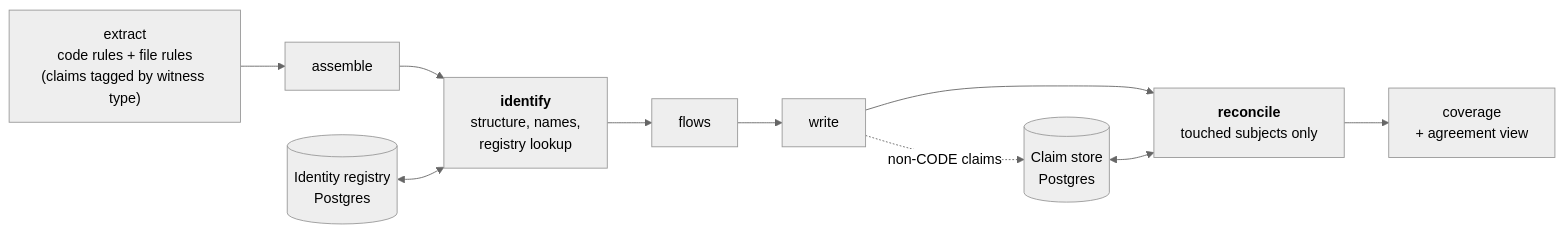
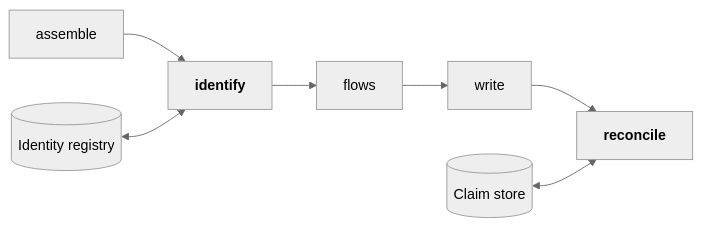
One commit to KBavis/steno changed the diagram in docs/how-it-works/ingestion/identify-and-reconcile.md. Above: the diagram before and after it, drawn with Mermaid (neutral theme). The commit also changed other lines of this file and 35 other files, not shown here.

First line of the commit message:
docs: simplify the docs and record D150 (flows-first routing)

````diff
--- a/docs/how-it-works/ingestion/identify-and-reconcile.md
+++ b/docs/how-it-works/ingestion/identify-and-reconcile.md
@@ -13,12 +9,6 @@
 ```mermaid
 flowchart LR
-    X["extract<br/>code rules + file rules<br/>(claims tagged by witness type)"] --> A["assemble"]
-    A --> ID["<b>identify</b><br/>structure, names,<br/>registry lookup"]
-    ID --> FL["flows"]
-    FL --> W["write"]
-    W --> RC["<b>reconcile</b><br/>touched subjects only"]
-    RC --> CV["coverage<br/>+ agreement view"]
-    REG[("Identity registry<br/>Postgres")] <--> ID
-    CS[("Claim store<br/>Postgres")] <--> RC
-    W -. "non-CODE claims" .-> CS
+    A["assemble"] --> ID["<b>identify</b>"] --> FL["flows"] --> W["write"] --> RC["<b>reconcile</b>"]
+    REG[("Identity registry")] <--> ID
+    CS[("Claim store")] <--> RC
 ```
````
